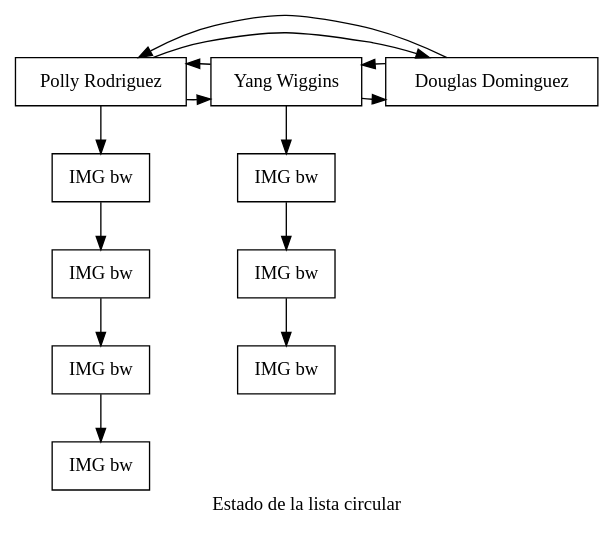
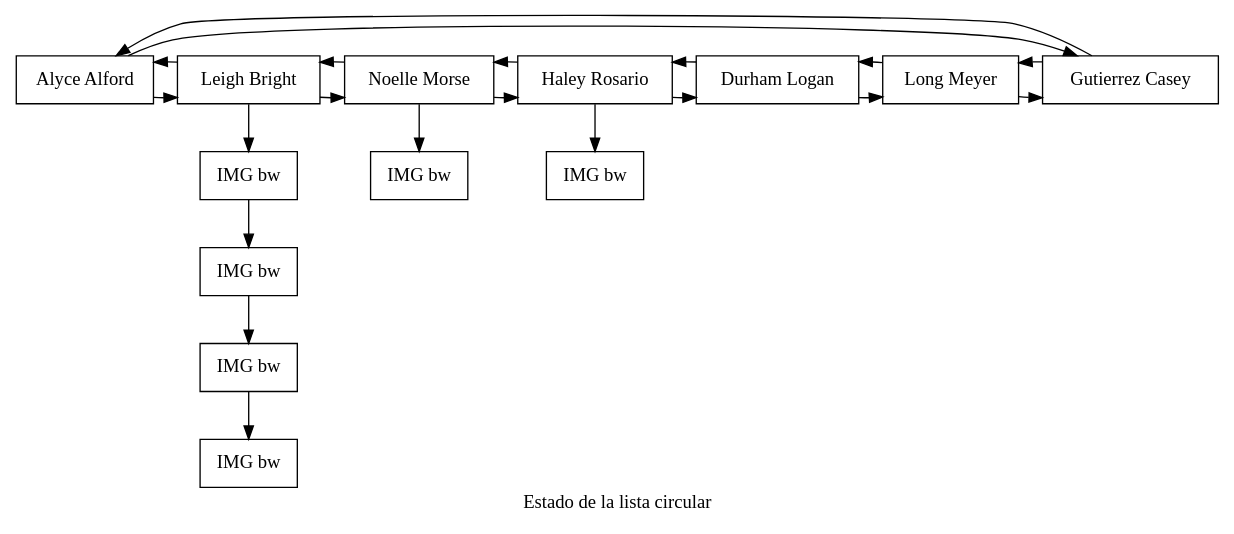
Before and after one commit to Kelly901/EDD_PROYECTO_FASE1_201900716: the diagram in [EDD]PROYECTO_FASE1_201900716/Proyecto1_Edd/ClienteEspera.dot, drawn with Graphviz. The commit also changed 23 other files, not shown here.

```diff
--- a/[EDD]PROYECTO_FASE1_201900716/Proyecto1_Edd/ClienteEspera.dot
+++ b/[EDD]PROYECTO_FASE1_201900716/Proyecto1_Edd/ClienteEspera.dot
@@ -1,30 +1,40 @@
 digraph G{
 label="Estado de la lista circular ";
 node[shape=box];
-nC2061475679[label="Polly Rodriguez"];
-nP1670782018[label="IMG bw"];
-nP1706377736[label="IMG bw"];
-nP468121027[label="IMG bw"];
-nP1804094807[label="IMG bw"];
-nC140435067[label="Yang Wiggins"];
-nP951007336[label="IMG bw"];
-nP2001049719[label="IMG bw"];
-nP1528902577[label="IMG bw"];
-nC1450495309[label="Douglas Dominguez"];
+nC1149319664[label="Alyce Alford"];
+nC2093631819[label="Leigh Bright"];
+nP1989780873[label="IMG bw"];
+nP1480010240[label="IMG bw"];
+nP81628611[label="IMG bw"];
+nP1828972342[label="IMG bw"];
+nC999966131[label="Noelle Morse"];
+nP931919113[label="IMG bw"];
+nC1452126962[label="Haley Rosario"];
+nP764977973[label="IMG bw"];
+nC1607521710[label="Durham Logan"];
+nC381259350[label="Long Meyer"];
+nC2074407503[label="Gutierrez Casey"];
 
-nC2061475679->nC140435067;
-nC2061475679->nC1450495309;
-nC2061475679->nP1670782018;
-nP1670782018->nP1706377736;
-nP1706377736->nP468121027;
-nP468121027->nP1804094807;
-nC140435067->nC1450495309;
-nC140435067->nC2061475679;
-nC140435067->nP951007336;
-nP951007336->nP2001049719;
-nP2001049719->nP1528902577;
-nC1450495309->nC2061475679;
-nC1450495309->nC140435067;
+nC1149319664->nC2093631819;
+nC1149319664->nC2074407503;
+nC2093631819->nC999966131;
+nC2093631819->nC1149319664;
+nC2093631819->nP1989780873;
+nP1989780873->nP1480010240;
+nP1480010240->nP81628611;
+nP81628611->nP1828972342;
+nC999966131->nC1452126962;
+nC999966131->nC2093631819;
+nC999966131->nP931919113;
+nC1452126962->nC1607521710;
+nC1452126962->nC999966131;
+nC1452126962->nP764977973;
+nC1607521710->nC381259350;
+nC1607521710->nC1452126962;
+nC381259350->nC2074407503;
+nC381259350->nC1607521710;
+nC2074407503->nC1149319664;
+nC2074407503->nC381259350;
 
-{rank=same;nC2061475679;nC140435067;nC1450495309;}
+{rank=same;nC1149319664;nC2093631819;nC999966131;nC1452126962;nC1607521710;nC381259350;nC2074407503;}
 }
```
